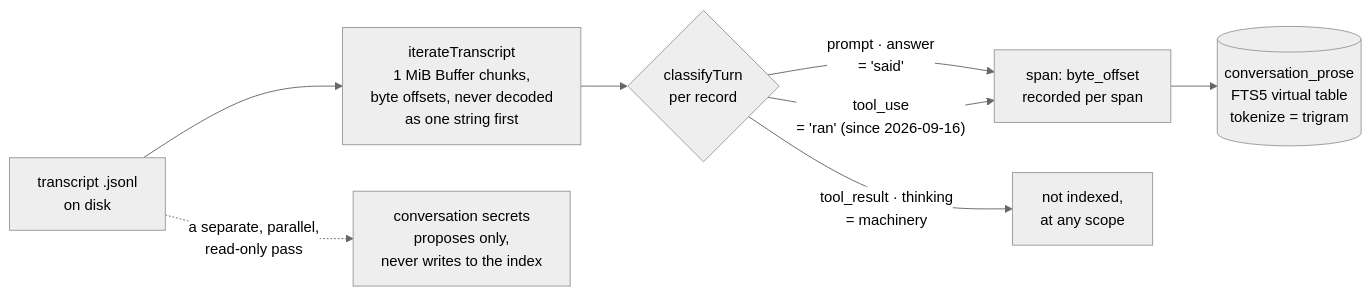
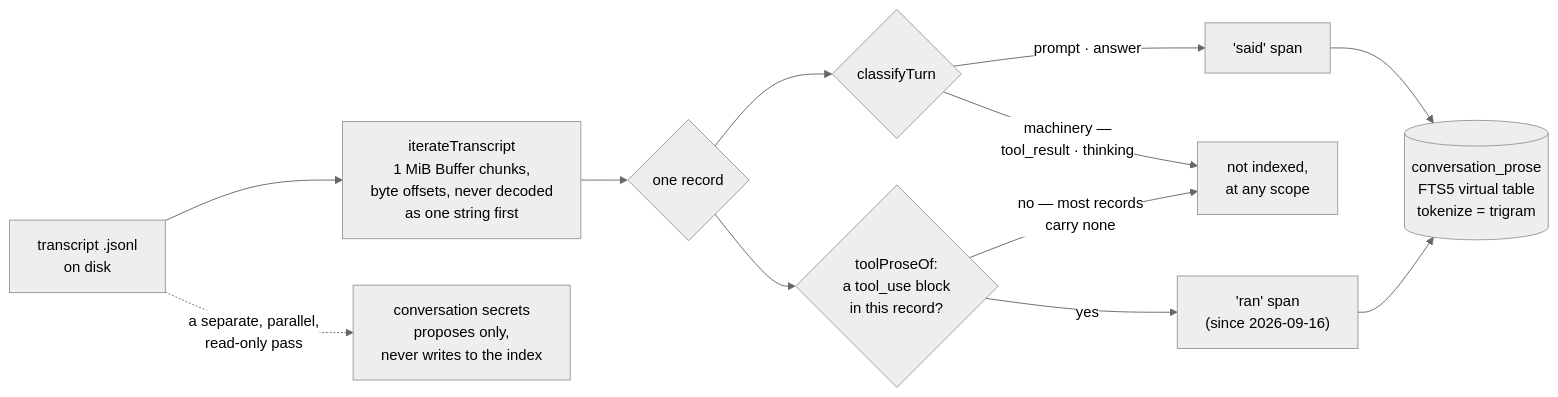
One commit to Dudi-Bar-On/my-context changed the diagram in docs/capabilities/04-conversation-archive.md. Above: the diagram before and after it, drawn with Mermaid (neutral theme). The commit also changed other lines of this file and 24 other files, not shown here.

First line of the commit message:
the fence that had been shipping as a mermaid error box, and twenty-seven claims that were only wrong

````diff
--- a/docs/capabilities/04-conversation-archive.md
+++ b/docs/capabilities/04-conversation-archive.md
@@ -107,10 +107,14 @@
 ```mermaid
 flowchart LR
   T["transcript .jsonl<br/>on disk"] --> W["iterateTranscript<br/>1 MiB Buffer chunks,<br/>byte offsets, never decoded<br/>as one string first"]
-  W --> CL{"classifyTurn<br/>per record"}
-  CL -->|"prompt · answer<br/>= 'said'"| SP["span: byte_offset<br/>recorded per span"]
-  CL -->|"tool_use<br/>= 'ran' (since 2026-09-16)"| SP
-  CL -->|"tool_result · thinking<br/>= machinery"| UN["not indexed,<br/>at any scope"]
-  SP --> FTS[("conversation_prose<br/>FTS5 virtual table<br/>tokenize = trigram")]
+  W --> REC{"one record"}
+  REC --> CL{"classifyTurn"}
+  CL -->|"prompt · answer"| SAID["'said' span"]
+  CL -->|"machinery —<br/>tool_result · thinking"| UN["not indexed,<br/>at any scope"]
+  REC --> TP{"toolProseOf:<br/>a tool_use block<br/>in this record?"}
+  TP -->|"yes"| RAN["'ran' span<br/>(since 2026-09-16)"]
+  TP -->|"no — most records<br/>carry none"| UN
+  SAID --> FTS[("conversation_prose<br/>FTS5 virtual table<br/>tokenize = trigram")]
+  RAN --> FTS
   T -.->|"a separate, parallel,<br/>read-only pass"| SEC["conversation secrets<br/>proposes only,<br/>never writes to the index"]
 ```
````
